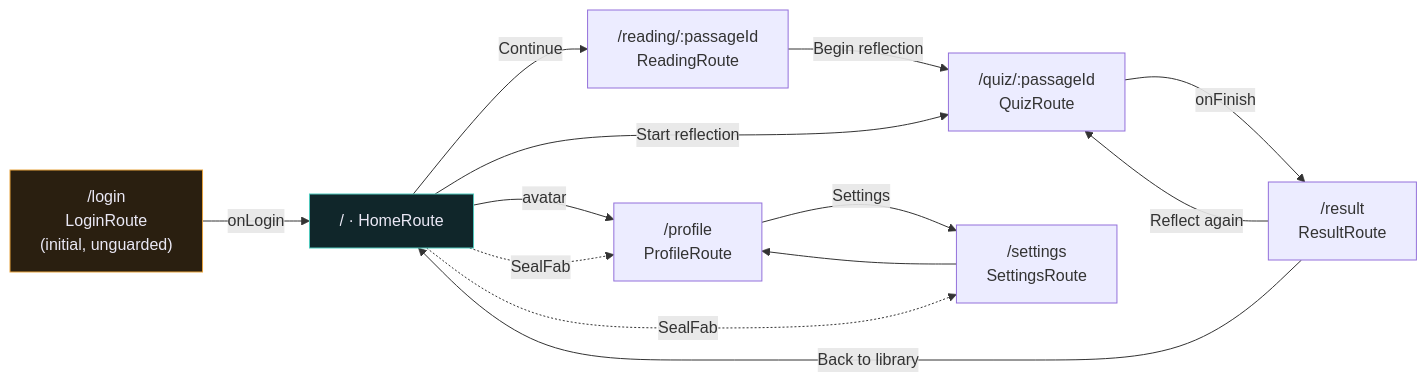
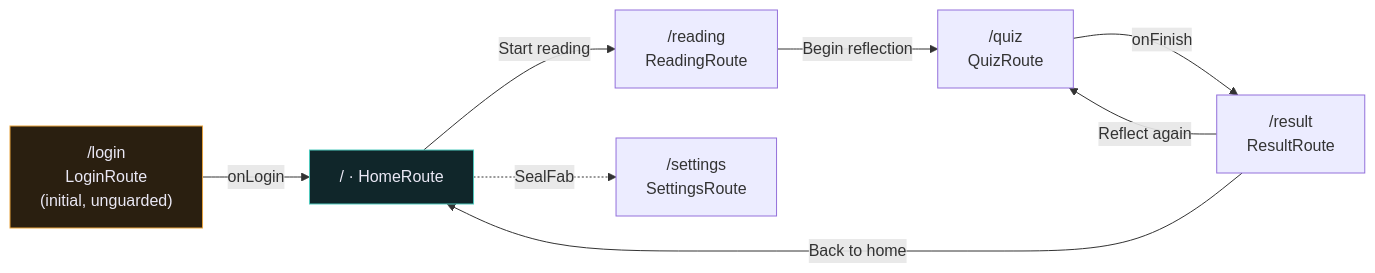
Before and after one commit to fadyphil/evangelion: the diagram in docs/plans/06-navigation.md, drawn with Mermaid. The commit also changed other lines of this file and 10 other files, not shown here.

````diff
--- a/docs/plans/06-navigation.md
+++ b/docs/plans/06-navigation.md
@@ -13,26 +32,20 @@
 ```mermaid
 graph LR
     Login["/login<br/>LoginRoute<br/>(initial, unguarded)"]
     Home["/  ·  HomeRoute"]
-    Reading["/reading/:passageId<br/>ReadingRoute"]
-    Quiz["/quiz/:passageId<br/>QuizRoute"]
+    Reading["/reading<br/>ReadingRoute"]
+    Quiz["/quiz<br/>QuizRoute"]
     Result["/result<br/>ResultRoute"]
-    Profile["/profile<br/>ProfileRoute"]
     Settings["/settings<br/>SettingsRoute"]
 
     Login -->|onLogin| Home
-    Home -->|Continue| Reading
-    Home -->|Start reflection| Quiz
+    Home -->|Start reading| Reading
     Reading -->|Begin reflection| Quiz
     Quiz -->|onFinish| Result
     Result -->|Reflect again| Quiz
-    Result -->|Back to library| Home
-    Home -->|avatar| Profile
-    Profile -->|Settings| Settings
-    Settings --> Profile
-    Home -.SealFab.-> Profile
+    Result -->|Back to home| Home
     Home -.SealFab.-> Settings
 
     style Login fill:#2a1f10,stroke:#E8A33D,color:#EAE8F5
     style Home fill:#10262a,stroke:#4EC9BD,color:#EAE8F5
 ```
````
